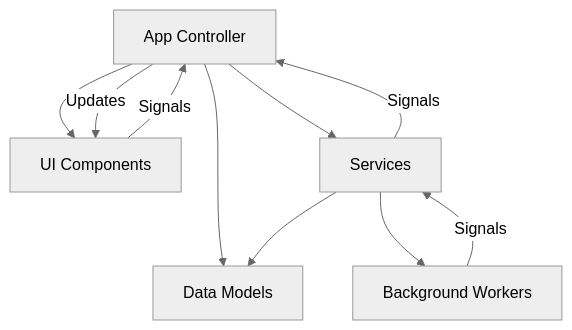
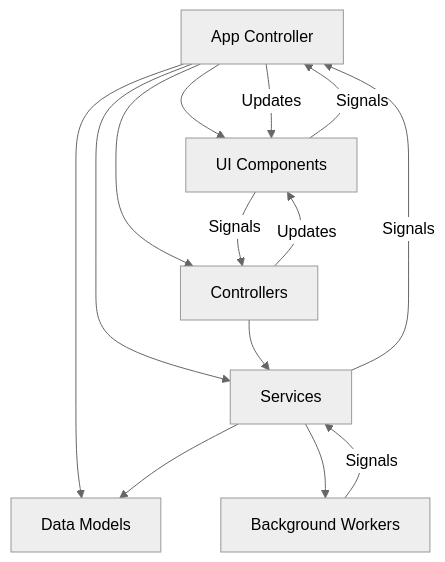
The first of 3 diagrams in memory-bank/activeContext.md (LinkesAuge/ChestBuddy), drawn with Mermaid (neutral theme) before and after one commit. The commit also changed other lines of this file and 14 other files, not shown here.

````diff
--- a/memory-bank/activeContext.md
+++ b/memory-bank/activeContext.md
@@ -25,15 +104,20 @@
 ```mermaid
 graph TD
     App[App Controller] --> UI[UI Components]
     App --> Services[Services]
     App --> Models[Data Models]
+    App --> Controllers[Controllers]
     
     UI -->|Signals| App
     App -->|Updates| UI
     
     Services --> Models
     Services --> Workers[Background Workers]
     
     Workers -->|Signals| Services
     Services -->|Signals| App
+    
+    Controllers --> Services
+    Controllers -->|Updates| UI
+    UI -->|Signals| Controllers
 ```
````
